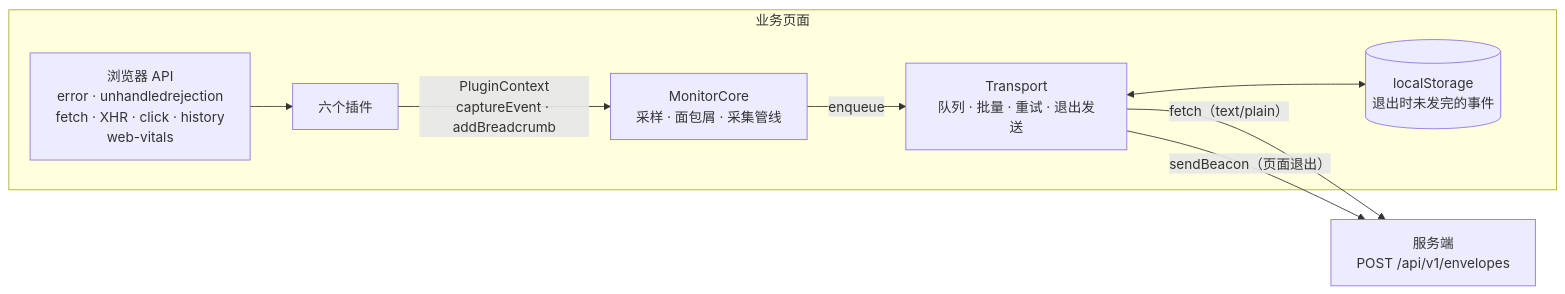
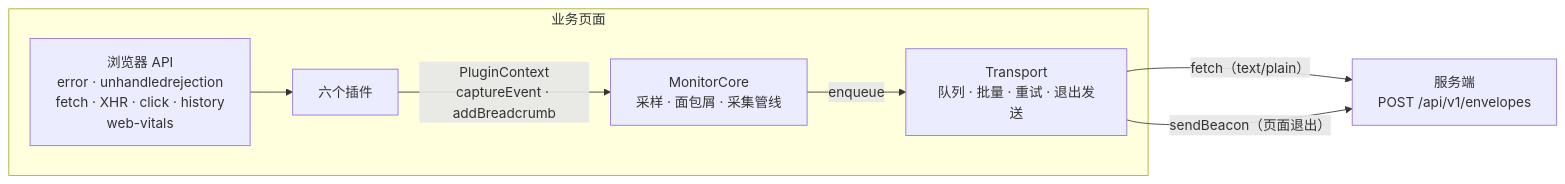
Before and after one commit to guiwzh/tracepilot: the first of 4 diagrams in docs/monitor-sdk.md, drawn with Mermaid. The commit also changed other lines of this file and 14 other files, not shown here.

First line of the commit message:
refactor(sdk): 去掉 localStorage 保存事件；服务端故障或离线时，离开页面不再丢掉队列里的事件

````diff
--- a/docs/monitor-sdk.md
+++ b/docs/monitor-sdk.md
@@ -56,17 +56,15 @@
 ```mermaid
 flowchart LR
   subgraph Page["业务页面"]
     APIs["浏览器 API<br/>error · unhandledrejection<br/>fetch · XHR · click · history<br/>web-vitals"]
     Plugins["六个插件"]
     Core["MonitorCore<br/>采样 · 面包屑 · 采集管线"]
     Transport["Transport<br/>队列 · 批量 · 重试 · 退出发送"]
-    Storage[("localStorage<br/>退出时未发完的事件")]
   end
   Server["服务端<br/>POST /api/v1/envelopes"]
   APIs --> Plugins
   Plugins -- "PluginContext<br/>captureEvent · addBreadcrumb" --> Core
   Core -- "enqueue" --> Transport
   Transport -- "fetch（text/plain）" --> Server
   Transport -- "sendBeacon（页面退出）" --> Server
-  Transport <--> Storage
 ```
````
